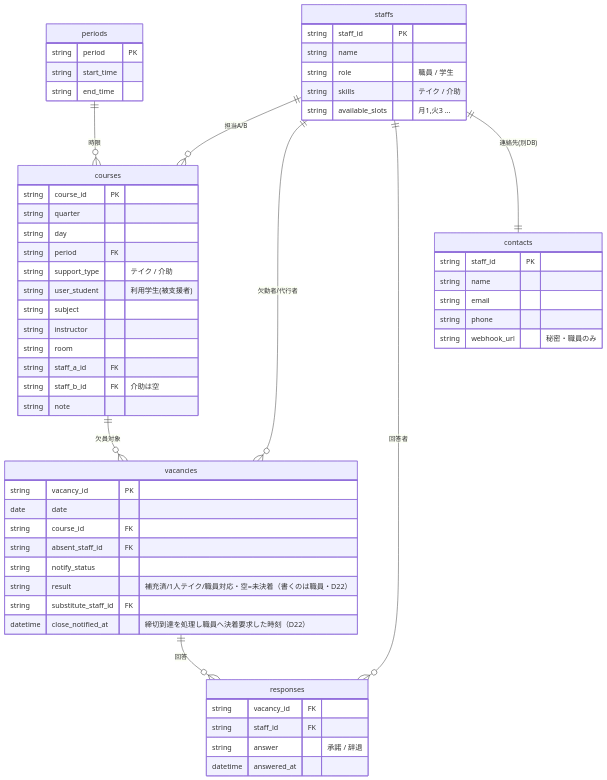
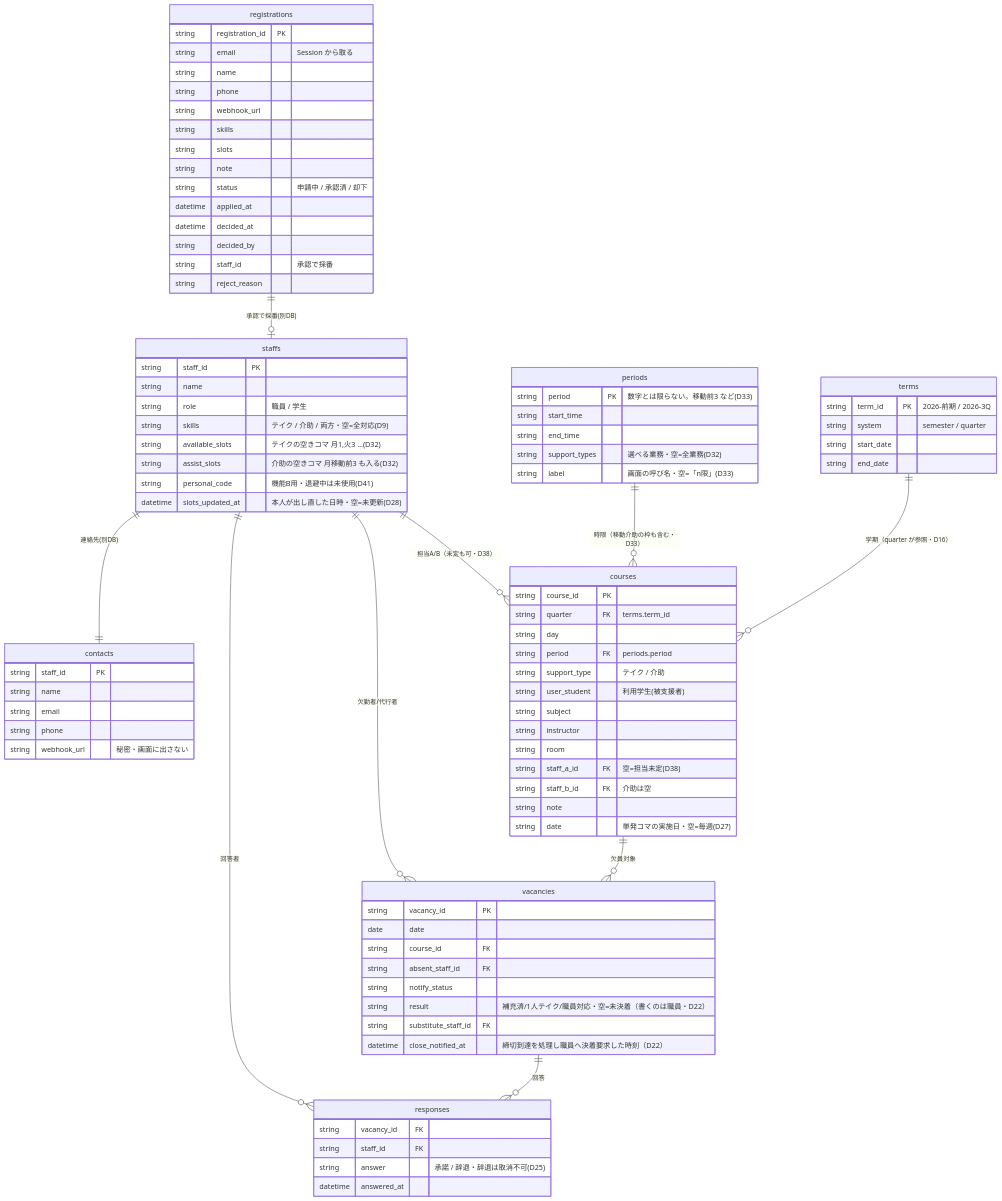
One commit to Nakano-official/takeover changed the second of 3 diagrams in docs/spec/architecture.md. Above: the diagram before and after it, drawn with Mermaid. The commit also changed other lines of this file and 4 other files, not shown here.

First line of the commit message:
docs: architecture.md を実装に合わせて全面改訂し、正の所在を整理（D43）

````diff
--- a/docs/spec/architecture.md
+++ b/docs/spec/architecture.md
@@ -123,33 +186,39 @@
 ```mermaid
 erDiagram
-    staffs   ||--o{ courses    : "担当A/B"
-    periods  ||--o{ courses    : "時限"
+    staffs   ||--o{ courses    : "担当A/B（未定も可・D38）"
+    periods  ||--o{ courses    : "時限（移動介助の枠も含む・D33）"
+    terms    ||--o{ courses    : "学期（quarter が参照・D16）"
     courses  ||--o{ vacancies  : "欠員対象"
     staffs   ||--o{ vacancies  : "欠勤者/代行者"
     vacancies ||--o{ responses : "回答"
     staffs   ||--o{ responses  : "回答者"
     staffs   ||--|| contacts   : "連絡先(別DB)"
+    registrations ||--o| staffs : "承認で採番(別DB)"
 
     staffs {
         string staff_id PK
         string name
         string role "職員 / 学生"
-        string skills "テイク / 介助"
-        string available_slots "月1,火3 …"
+        string skills "テイク / 介助 / 両方・空=全対応(D9)"
+        string available_slots "テイクの空きコマ 月1,火3 …(D32)"
+        string assist_slots "介助の空きコマ 月移動前3 も入る(D32)"
+        string personal_code "機能B用・退避中は未使用(D41)"
+        datetime slots_updated_at "本人が出し直した日時・空=未更新(D28)"
     }
     courses {
         string course_id PK
-        string quarter
+        string quarter FK "terms.term_id"
         string day
-        string period FK
+        string period FK "periods.period"
         string support_type "テイク / 介助"
         string user_student "利用学生(被支援者)"
         string subject
         string instructor
         string room
-        string staff_a_id FK
+        string staff_a_id FK "空=担当未定(D38)"
         string staff_b_id FK "介助は空"
         string note
+        string date "単発コマの実施日・空=毎週(D27)"
     }
     vacancies {
         string vacancy_id PK
@@ -164,19 +233,43 @@
     responses {
         string vacancy_id FK
         string staff_id FK
-        string answer "承諾 / 辞退"
+        string answer "承諾 / 辞退・辞退は取消不可(D25)"
         datetime answered_at
     }
     periods {
-        string period PK
+        string period PK "数字とは限らない。移動前3 など(D33)"
         string start_time
         string end_time
+        string support_types "選べる業務・空=全業務(D32)"
+        string label "画面の呼び名・空=「n限」(D33)"
+    }
+    terms {
+        string term_id PK "2026-前期 / 2026-3Q"
+        string system "semester / quarter"
+        string start_date
+        string end_date
     }
     contacts {
         string staff_id PK
         string name
         string email
         string phone
-        string webhook_url "秘密・職員のみ"
+        string webhook_url "秘密・画面に出さない"
+    }
+    registrations {
+        string registration_id PK
+        string email "Session から取る"
+        string name
+        string phone
+        string webhook_url
+        string skills
+        string slots
+        string note
+        string status "申請中 / 承認済 / 却下"
+        datetime applied_at
+        datetime decided_at
+        string decided_by
+        string staff_id "承認で採番"
+        string reject_reason
     }
 ```
````
